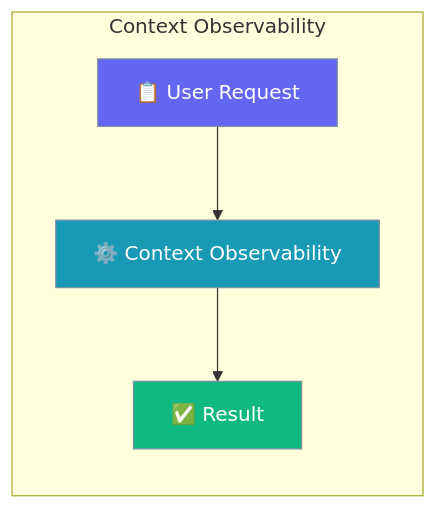
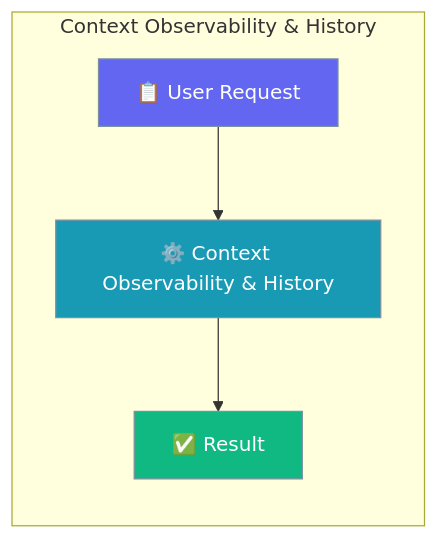
Before and after one commit to MervinPraison/PraisonAIDocs: the first of 4 diagrams in docs/features/context-observability.mdx, drawn with Mermaid. The commit also changed other lines of this file and 45 other files, not shown here.

First line of the commit message:
docs: fix truncated Mermaid diagram feature names (22-char cutoff)

````diff
--- a/docs/features/context-observability.mdx
+++ b/docs/features/context-observability.mdx
@@ -8,15 +8,15 @@
 ```mermaid
 graph LR
-    subgraph "Context Observability "
-        Request[📋 User Request] --> Process[⚙️ Context Observability ]
+    subgraph "Context Observability & History"
+        Request[📋 User Request] --> Process[⚙️ Context Observability & History]
         Process --> Result[✅ Result]
     end
 
     classDef input fill:#6366F1,stroke:#7C90A0,color:#fff
     classDef process fill:#189AB4,stroke:#7C90A0,color:#fff
     classDef output fill:#10B981,stroke:#7C90A0,color:#fff
 
     class Request input
     class Process process
     class Result output
 ```
````
